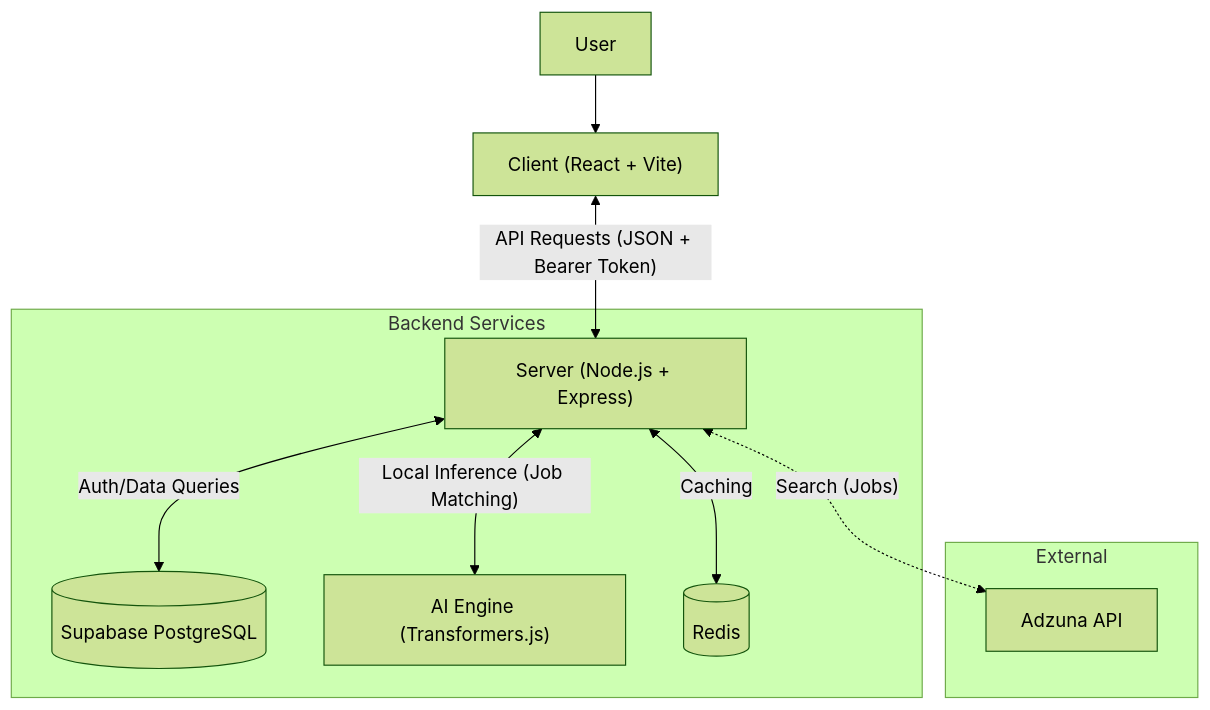
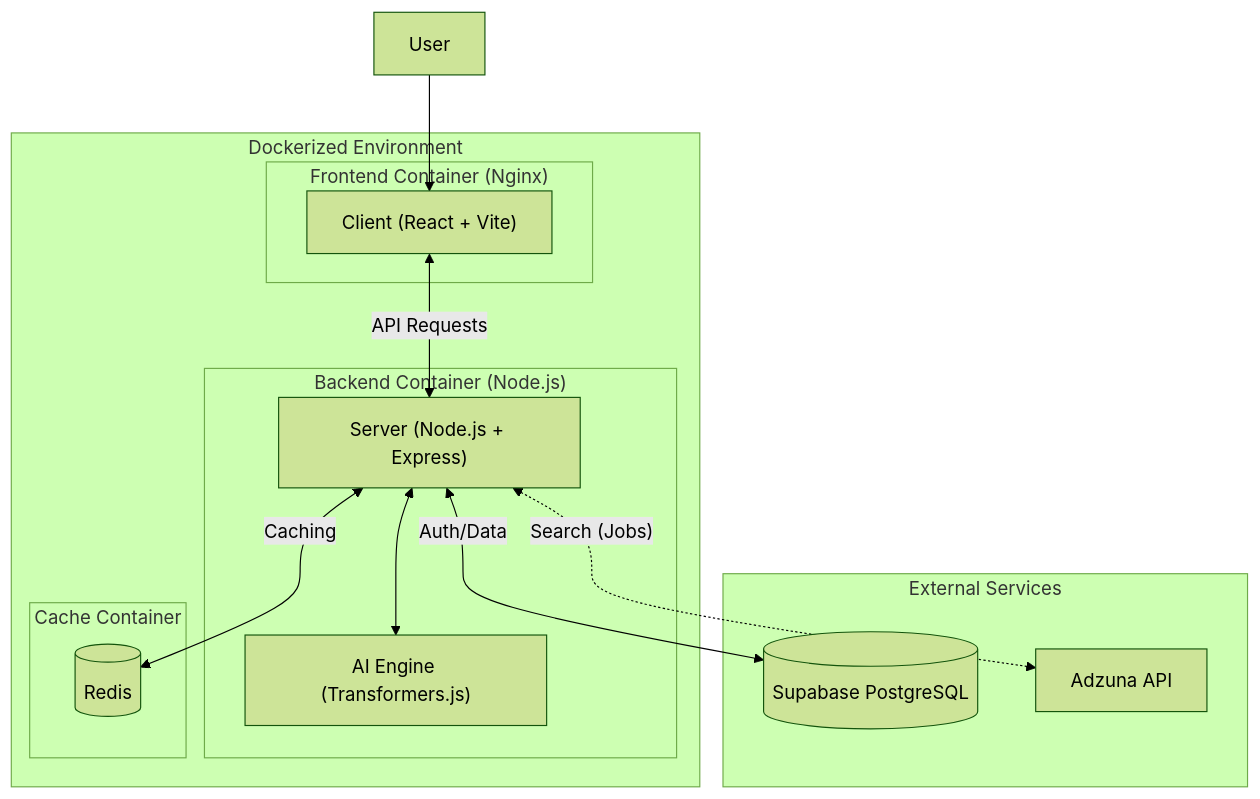
The diagram in README.md (duhnuker/Insight), drawn with Mermaid (forest theme) before and after one commit. The commit also changed other lines of this file, not shown here.

Commit message:
readme update

````diff
--- a/README.md
+++ b/README.md
@@ -8,15 +8,28 @@
 ```mermaid
 graph TD
     User[User] --> Client["Client (React + Vite)"]
-    Client <-->|"API Requests (JSON + Bearer Token)"| Server["Server (Node.js + Express)"]
     
-    subgraph "Backend Services"
-        Server <-->|"Auth/Data Queries"| DB[("Supabase PostgreSQL")]
-        Server <-->|"Local Inference (Job Matching)"| AI["AI Engine (Transformers.js)"]
-        Server <-->|"Caching"| Redis[("Redis")]
+    subgraph "Dockerized Environment"
+        subgraph "Frontend Container (Nginx)"
+            Client
+        end
+
+        subgraph "Backend Container (Node.js)"
+            Server["Server (Node.js + Express)"]
+            AI["AI Engine (Transformers.js)"]
+            Server <--> AI
+        end
+
+        subgraph "Cache Container"
+            Redis[("Redis")]
+        end
+
+        Client <-->|"API Requests"| Server
+        Server <-->|"Caching"| Redis
     end
     
-    subgraph External
+    subgraph "External Services"
+        Server <-->|"Auth/Data"| DB[("Supabase PostgreSQL")]
         Server <-.->|"Search (Jobs)"| Adzuna["Adzuna API"]
     end
 ```
````
